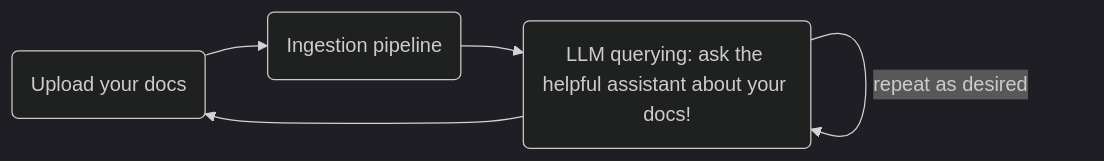
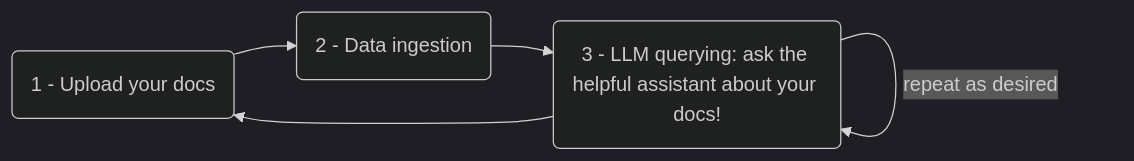
One commit to svalenziano/yara changed the first of 5 diagrams in README.md. Above: the diagram before and after it, drawn with Mermaid (dark theme). The commit also changed other lines of this file and 44 other files, not shown here.

````diff
--- a/README.md
+++ b/README.md
@@ -76,11 +91,11 @@
 ```mermaid
     flowchart LR
-        a(Upload your docs)
-        b(Ingestion pipeline)
-        c(LLM querying: ask the helpful assistant about your docs!)
+        a(1 - Upload your docs)
+        b(2 - Data ingestion)
+        c(3 - LLM querying: ask the helpful assistant about your docs!)
 
         a-->b
         b-->c
         c--"repeat as desired"-->c
         c-->a
 ```
````
